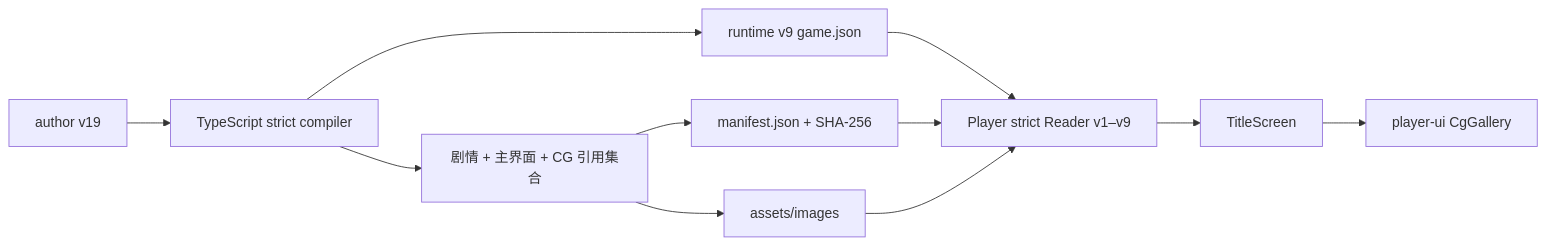
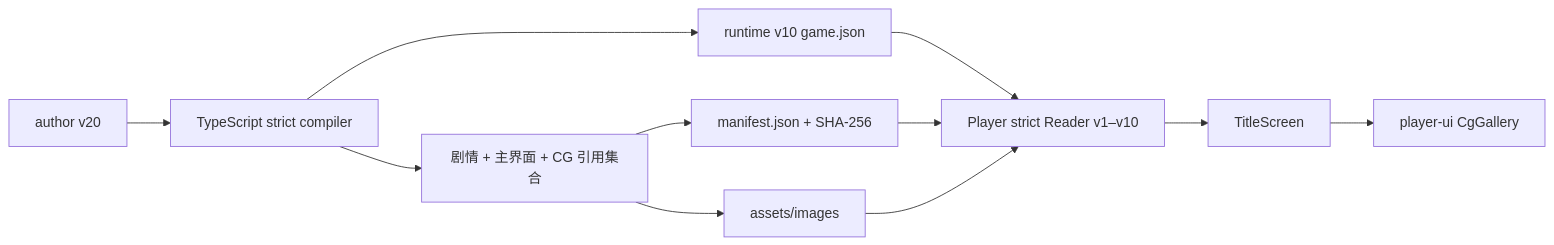
One commit to DarkboyRyan/Scratch-Novel-Engine changed the second of 2 diagrams in docs/cg-gallery-implementation.md. Above: the diagram before and after it, drawn with Mermaid. The commit also changed other lines of this file and 174 other files, not shown here.

````diff
--- a/docs/cg-gallery-implementation.md
+++ b/docs/cg-gallery-implementation.md
@@ -97,13 +97,13 @@
 ```mermaid
 flowchart LR
-  AUTHOR["author v19"] --> COMPILER["TypeScript strict compiler"]
-  COMPILER --> GAME["runtime v9 game.json"]
+  AUTHOR["author v20"] --> COMPILER["TypeScript strict compiler"]
+  COMPILER --> GAME["runtime v10 game.json"]
   COMPILER --> REFERENCES["剧情 + 主界面 + CG 引用集合"]
   REFERENCES --> MANIFEST["manifest.json + SHA-256"]
   REFERENCES --> MEDIA["assets/images"]
-  GAME --> READER["Player strict Reader v1–v9"]
+  GAME --> READER["Player strict Reader v1–v10"]
   MANIFEST --> READER
   MEDIA --> READER
   READER --> TITLE["TitleScreen"]
   TITLE --> GALLERY["player-ui CgGallery"]
 ```
````
